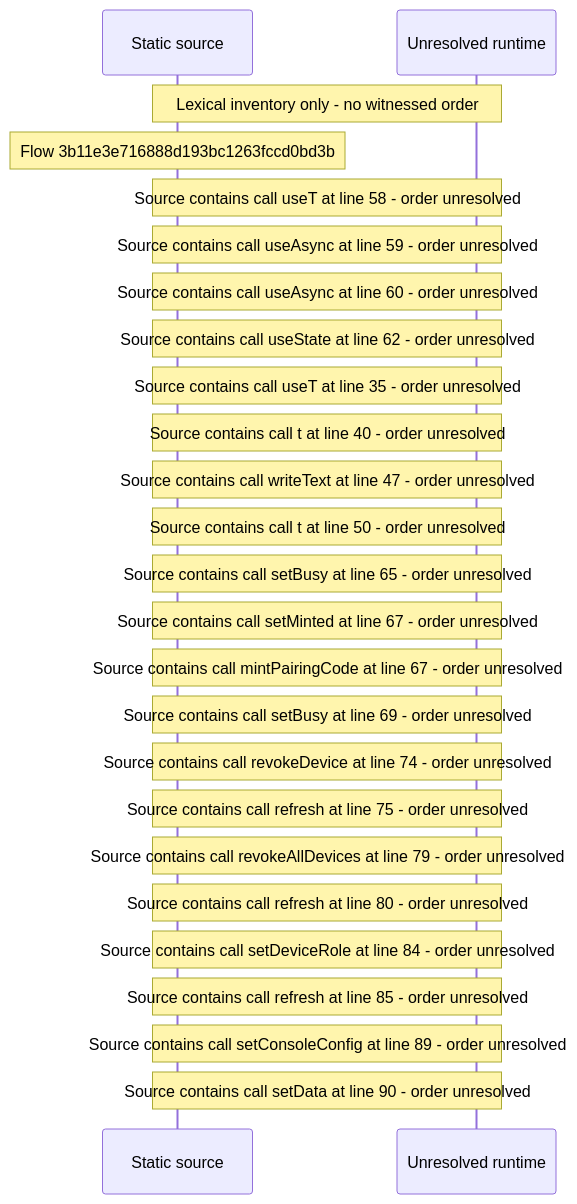
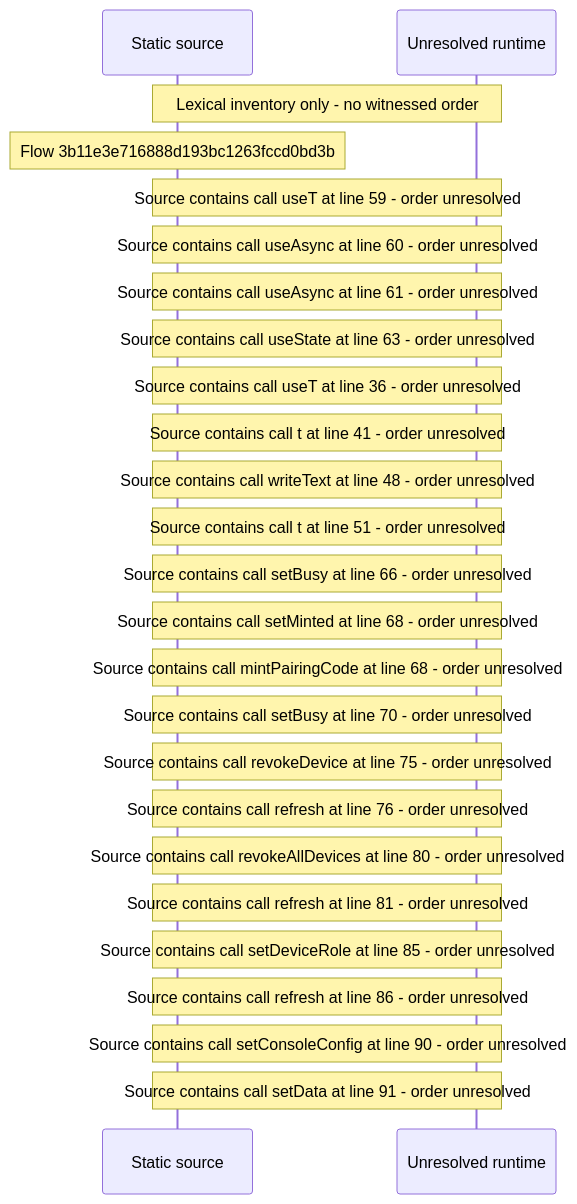
Before and after one commit to beamfall/core: the diagram in docs/web/flows/generated/3b11e3e716888d193bc1263fccd0bd3b/flow-diagram.md, drawn with Mermaid. The commit also changed other lines of this file and 715 other files, not shown here.

First line of the commit message:
Regenerate the web flow record on main after CORE-1117

````diff
--- a/docs/web/flows/generated/3b11e3e716888d193bc1263fccd0bd3b/flow-diagram.md
+++ b/docs/web/flows/generated/3b11e3e716888d193bc1263fccd0bd3b/flow-diagram.md
@@ -10,27 +10,27 @@
 ```mermaid
 sequenceDiagram
     participant S as Static source
     participant U as Unresolved runtime
     Note over S,U: Lexical inventory only - no witnessed order
     Note over S: Flow 3b11e3e716888d193bc1263fccd0bd3b
-    Note over S,U: Source contains call useT at line 58 - order unresolved
-    Note over S,U: Source contains call useAsync at line 59 - order unresolved
+    Note over S,U: Source contains call useT at line 59 - order unresolved
     Note over S,U: Source contains call useAsync at line 60 - order unresolved
-    Note over S,U: Source contains call useState at line 62 - order unresolved
-    Note over S,U: Source contains call useT at line 35 - order unresolved
-    Note over S,U: Source contains call t at line 40 - order unresolved
-    Note over S,U: Source contains call writeText at line 47 - order unresolved
-    Note over S,U: Source contains call t at line 50 - order unresolved
-    Note over S,U: Source contains call setBusy at line 65 - order unresolved
-    Note over S,U: Source contains call setMinted at line 67 - order unresolved
-    Note over S,U: Source contains call mintPairingCode at line 67 - order unresolved
-    Note over S,U: Source contains call setBusy at line 69 - order unresolved
-    Note over S,U: Source contains call revokeDevice at line 74 - order unresolved
-    Note over S,U: Source contains call refresh at line 75 - order unresolved
-    Note over S,U: Source contains call revokeAllDevices at line 79 - order unresolved
-    Note over S,U: Source contains call refresh at line 80 - order unresolved
-    Note over S,U: Source contains call setDeviceRole at line 84 - order unresolved
-    Note over S,U: Source contains call refresh at line 85 - order unresolved
-    Note over S,U: Source contains call setConsoleConfig at line 89 - order unresolved
-    Note over S,U: Source contains call setData at line 90 - order unresolved
+    Note over S,U: Source contains call useAsync at line 61 - order unresolved
+    Note over S,U: Source contains call useState at line 63 - order unresolved
+    Note over S,U: Source contains call useT at line 36 - order unresolved
+    Note over S,U: Source contains call t at line 41 - order unresolved
+    Note over S,U: Source contains call writeText at line 48 - order unresolved
+    Note over S,U: Source contains call t at line 51 - order unresolved
+    Note over S,U: Source contains call setBusy at line 66 - order unresolved
+    Note over S,U: Source contains call setMinted at line 68 - order unresolved
+    Note over S,U: Source contains call mintPairingCode at line 68 - order unresolved
+    Note over S,U: Source contains call setBusy at line 70 - order unresolved
+    Note over S,U: Source contains call revokeDevice at line 75 - order unresolved
+    Note over S,U: Source contains call refresh at line 76 - order unresolved
+    Note over S,U: Source contains call revokeAllDevices at line 80 - order unresolved
+    Note over S,U: Source contains call refresh at line 81 - order unresolved
+    Note over S,U: Source contains call setDeviceRole at line 85 - order unresolved
+    Note over S,U: Source contains call refresh at line 86 - order unresolved
+    Note over S,U: Source contains call setConsoleConfig at line 90 - order unresolved
+    Note over S,U: Source contains call setData at line 91 - order unresolved
 ```
````
